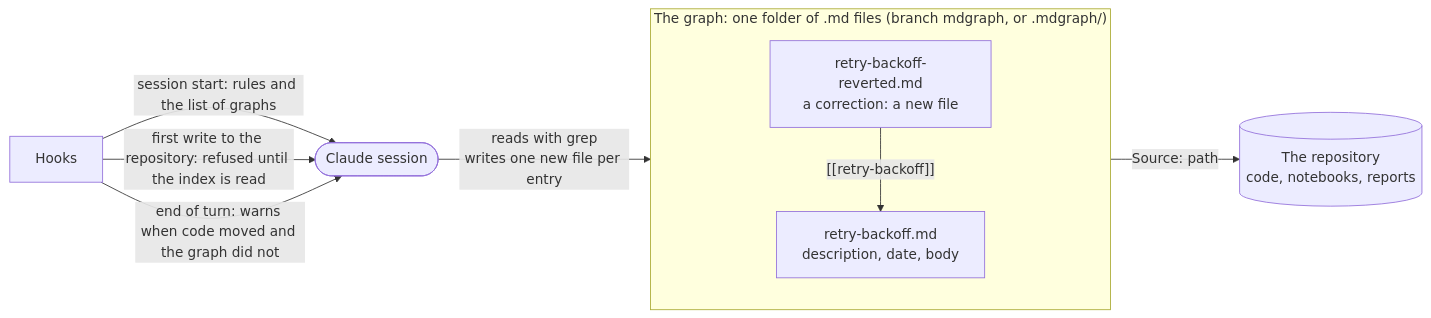
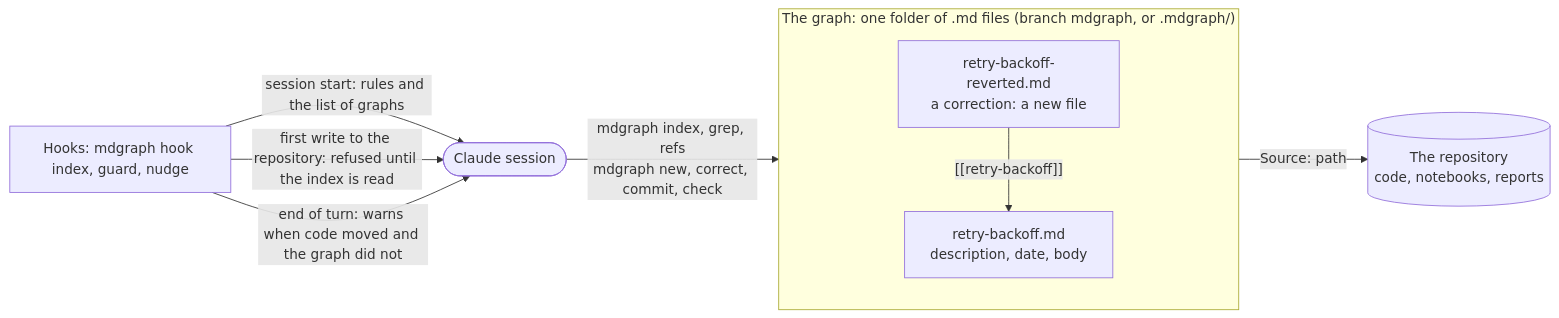
Before and after one commit to A-Eugene/mdgraph: the diagram in architecture.mmd, drawn with Mermaid. The commit also changed 16 other files, not shown here.

First line of the commit message:
One bash CLI replaces the hook scripts; plugin installs for Claude Code, Codex and agy

```diff
--- a/architecture.mmd
+++ b/architecture.mmd
@@ -1,18 +1,18 @@
 flowchart LR
   S(["Claude session"])
 
   subgraph G["The graph: one folder of .md files (branch mdgraph, or .mdgraph/)"]
     direction TB
     A["retry-backoff.md<br/>description, date, body"]
     B["retry-backoff-reverted.md<br/>a correction: a new file"]
     B -- "[[retry-backoff]]" --> A
   end
 
   R[("The repository<br/>code, notebooks, reports")]
-  H["Hooks"]
+  H["Hooks: mdgraph hook index, guard, nudge"]
 
-  S -- "reads with grep<br/>writes one new file per entry" --> G
+  S -- "mdgraph index, grep, refs<br/>mdgraph new, correct, commit, check" --> G
   A -- "Source: path" --> R
   H -- "session start: rules and the list of graphs" --> S
   H -- "first write to the repository: refused until the index is read" --> S
   H -- "end of turn: warns when code moved and the graph did not" --> S
```
